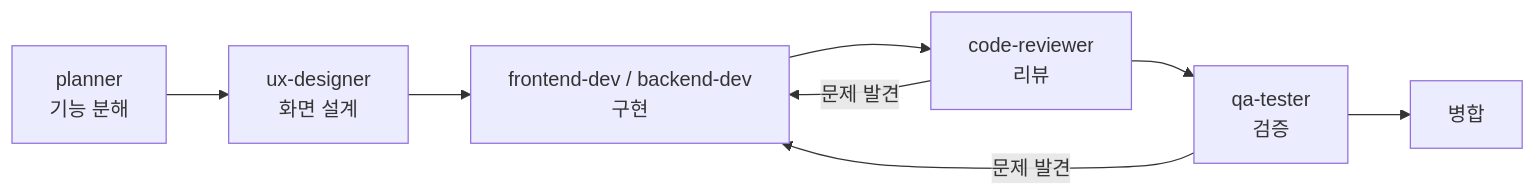
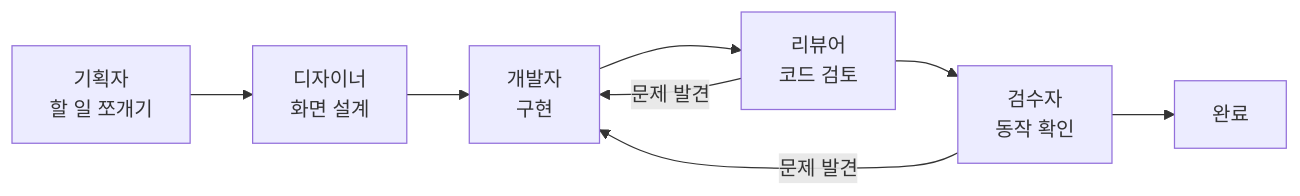
The diagram in docs/portfolio/03-개발-기록.md (yjh-dev/PROJECT-TEAM_VIEW), drawn with Mermaid before and after one commit. The commit also changed other lines of this file and 2 other files, not shown here.

````diff
--- a/docs/portfolio/03-개발-기록.md
+++ b/docs/portfolio/03-개발-기록.md
@@ -54,10 +33,10 @@
 ```mermaid
 flowchart LR
-    P["planner<br/>기능 분해"] --> D["ux-designer<br/>화면 설계"]
-    D --> I["frontend-dev / backend-dev<br/>구현"]
-    I --> RV["code-reviewer<br/>리뷰"]
+    P["기획자<br/>할 일 쪼개기"] --> D["디자이너<br/>화면 설계"]
+    D --> I["개발자<br/>구현"]
+    I --> RV["리뷰어<br/>코드 검토"]
     RV -->|문제 발견| I
-    RV --> QA["qa-tester<br/>검증"]
+    RV --> QA["검수자<br/>동작 확인"]
     QA -->|문제 발견| I
-    QA --> M["병합"]
+    QA --> M["완료"]
 ```
````
